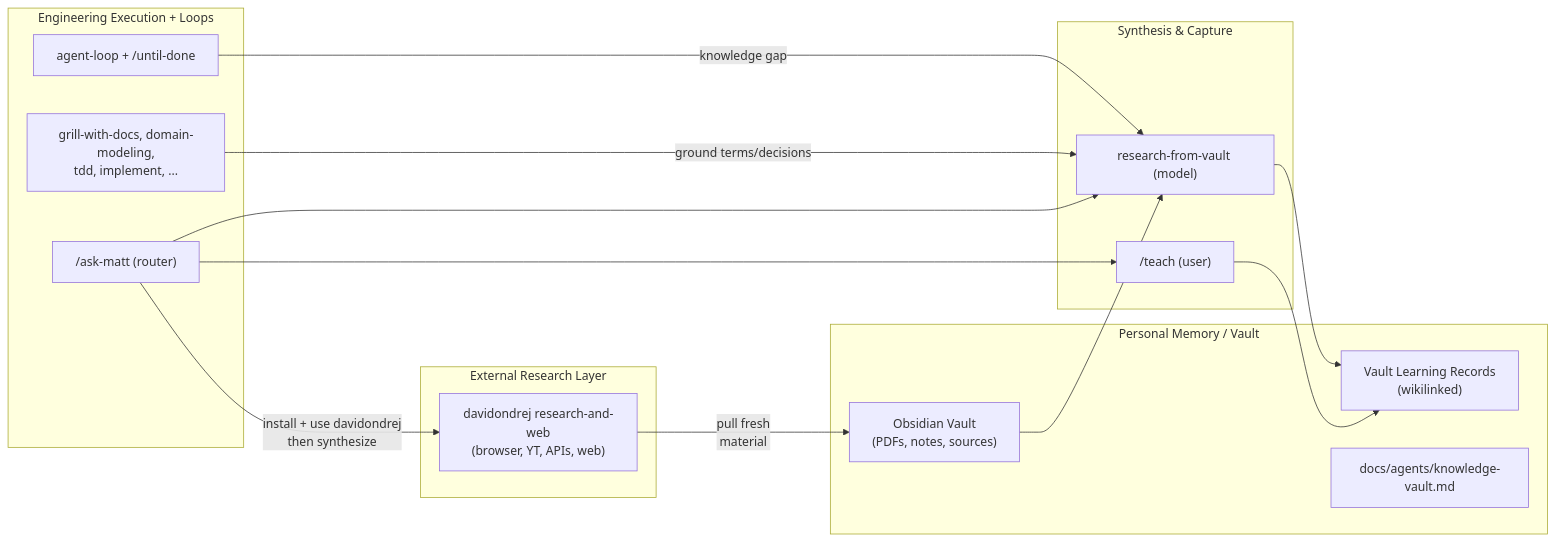
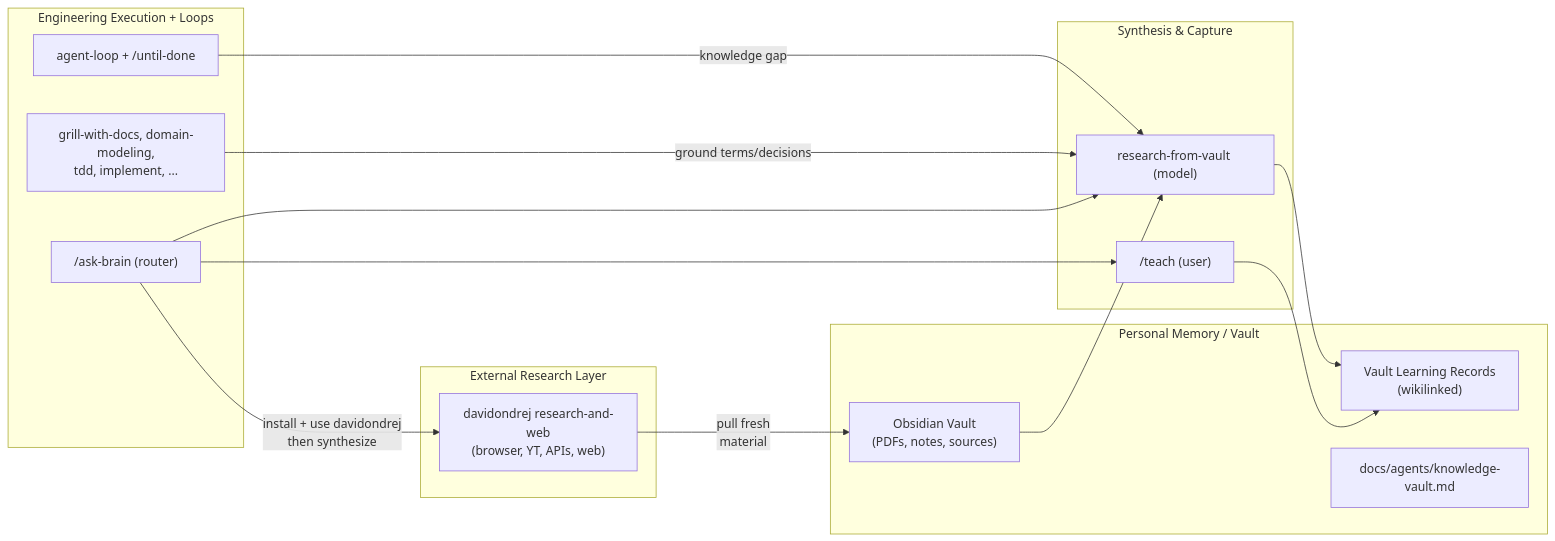
The diagram in README.md (ChidiOkoene/optimal-brain), drawn with Mermaid before and after one commit. The commit also changed other lines of this file and 43 other files, not shown here.

Commit message:
feat(COB-003): Added context graph and refactored the namespaces

````diff
--- a/README.md
+++ b/README.md
@@ -3,29 +3,29 @@
 ```mermaid
 flowchart LR
   subgraph External[External Research Layer]
     D["davidondrej research-and-web\n(browser, YT, APIs, web)"]
   end
   subgraph Memory[Personal Memory / Vault]
     V["Obsidian Vault\n(PDFs, notes, sources)"]
     LRV["Vault Learning Records\n(wikilinked)"]
     KV["docs/agents/knowledge-vault.md"]
   end
   subgraph Synthesis["Synthesis & Capture"]
     RV["research-from-vault (model)"]
     T["/teach (user)"]
   end
   subgraph Execution["Engineering Execution + Loops"]
     AL["agent-loop + /until-done"]
     ENG["grill-with-docs, domain-modeling,\ntdd, implement, ..."]
-    ASK["/ask-matt (router)"]
+    ASK["/ask-brain (router)"]
   end
   D -->|"pull fresh\nmaterial"| V
   V --> RV
   RV --> LRV
   T --> LRV
   AL -->|"knowledge gap"| RV
   ENG -->|"ground terms/decisions"| RV
   ASK --> T
   ASK --> RV
   ASK -->|"install + use davidondrej\nthen synthesize"| D
 ```
````
